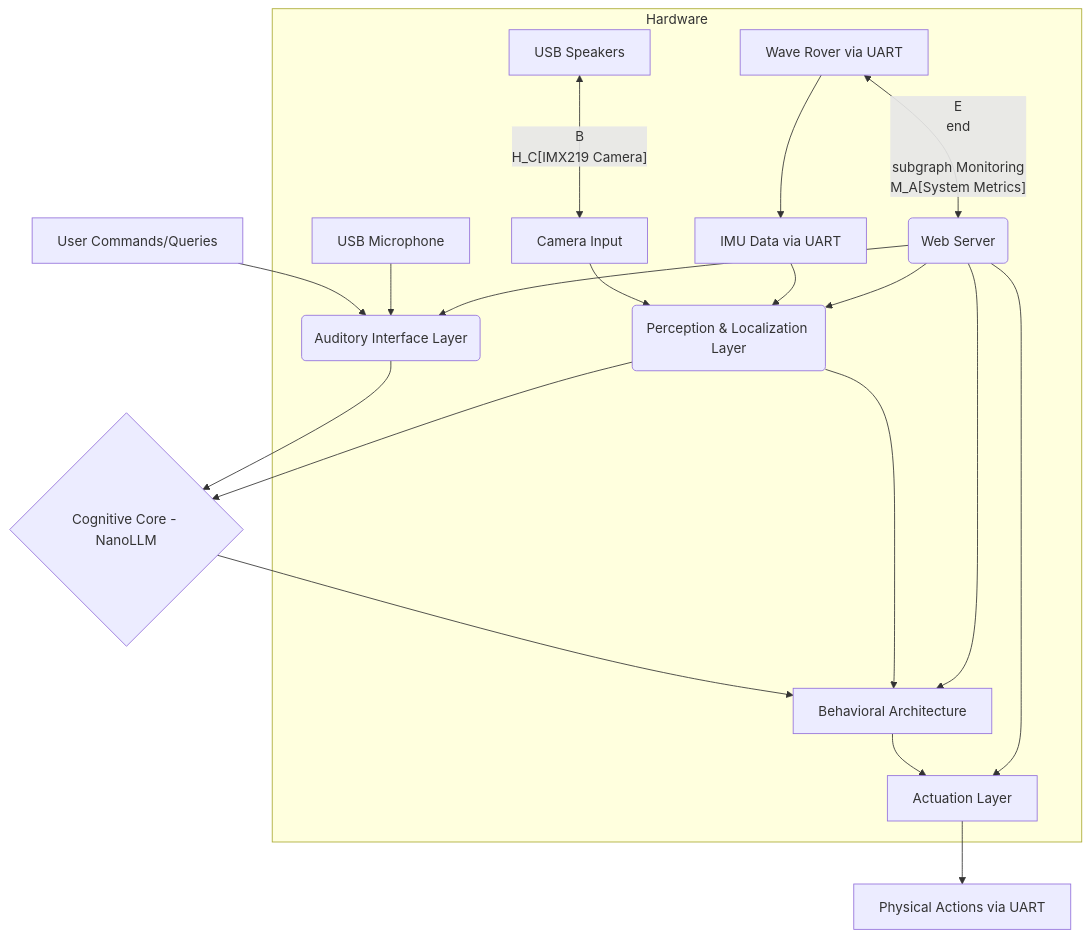
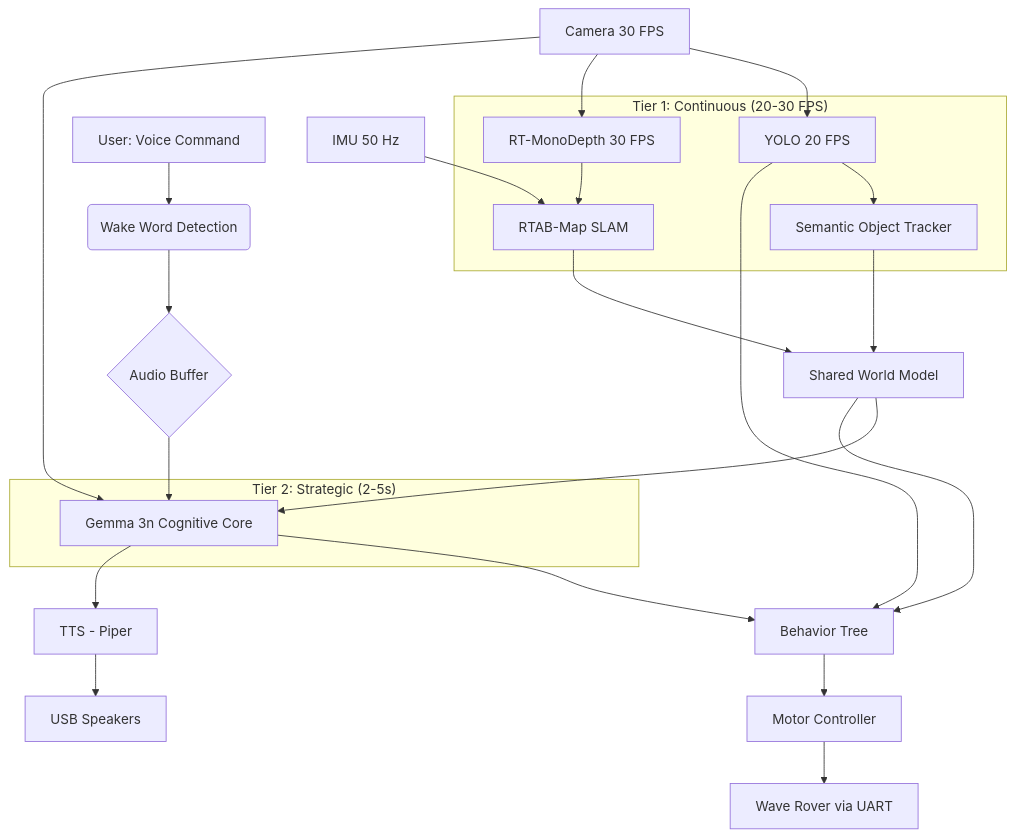
Before and after one commit to ImanolGo/local-ai-robot-assistant: the diagram in docs/architecture.md, drawn with Mermaid. The commit also changed other lines of this file, not shown here.

Commit message:
Updated Architecture

````diff
--- a/docs/architecture.md
+++ b/docs/architecture.md
@@ -29,29 +50,39 @@
 ```mermaid
 graph TD
-    A[User Commands/Queries] --> B(Auditory Interface Layer)
-    B --> C{Cognitive Core - NanoLLM}
-    C --> D[Behavioral Architecture]
-    D --> E[Actuation Layer]
-    E --> F[Physical Actions via UART]
+    A[User: Voice Command] --> B(Wake Word Detection)
+    B --> C{Audio Buffer}
+    C --> D[Gemma 3n Cognitive Core]
 
-    G[Camera Input] --> H(Perception & Localization Layer)
-    I[IMU Data via UART] --> H
-    H --> C
-    H --> D
+    E[Camera 30 FPS] --> F[YOLO 20 FPS]
+    E --> G[RT-MonoDepth 30 FPS]
+    F --> H[Semantic Object Tracker]
+    G --> I[RTAB-Map SLAM]
+    J[IMU 50 Hz] --> I
 
-    subgraph Hardware
-        H_A[USB Microphone] --> B
-        H_B[USB Speakers] <-- B
-        H_C[IMX219 Camera] --> G
-        H_D[Wave Rover via UART] --> I
-        H_D <-- E
+    H --> K[Shared World Model]
+    I --> K
+
+    K --> D
+    E --> D
+
+    D --> L[Behavior Tree]
+    F --> L
+    K --> L
+
+    L --> M[Motor Controller]
+    M --> N[Wave Rover via UART]
+
+    D --> O[TTS - Piper]
+    O --> P[USB Speakers]
+
+    subgraph "Tier 1: Continuous (20-30 FPS)"
+        F
+        G
+        H
+        I
     end
 
-    subgraph Monitoring
-        M_A[System Metrics] --> M_B(Web Server)
-        M_B --> H
-        M_B --> B
-        M_B --> D
-        M_B --> E
+    subgraph "Tier 2: Strategic (2-5s)"
+        D
     end
 ```
````
